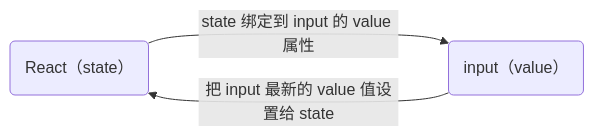
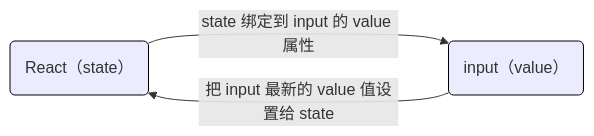
The first of 4 diagrams in source/_posts/Web -- Knowledge is infinite/前端/React/React.md (1099571219/my-blog-site), drawn with Mermaid before and after one commit. The commit also changed other lines of this file and 1 other file, not shown here.

````diff
--- a/source/_posts/Web -- Knowledge is infinite/前端/React/React.md
+++ b/source/_posts/Web -- Knowledge is infinite/前端/React/React.md
@@ -158,5 +216,6 @@
 ```mermaid
   graph LR
     React(React（state）)--->|state 绑定到 input 的 value 属性|input(input（value）)
     input--->|把 input 最新的 value 值设置给 state|React
+    classDef default stroke:black;
 ```
````
